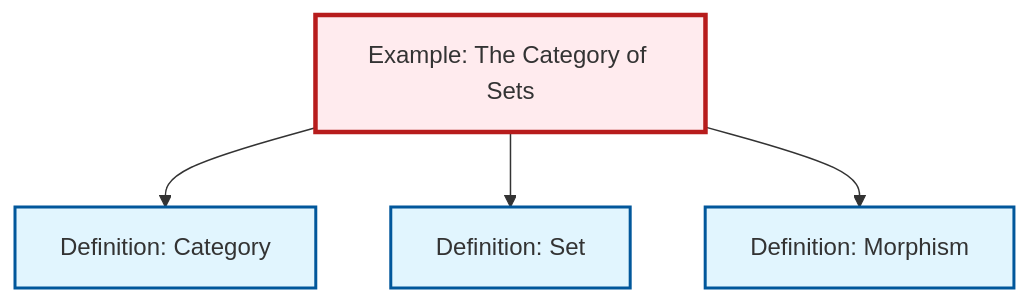
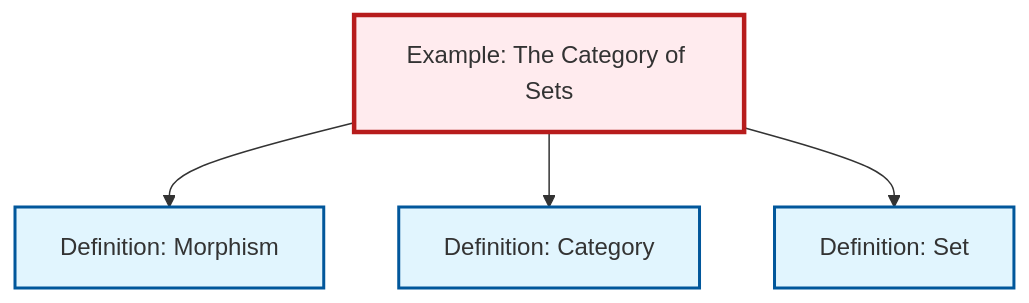
Before and after one commit to RK0429/ModernMath: the diagram in content/en/category-theory/ex-set-category.qmd, drawn with Mermaid. The commit also changed other lines of this file and 597 other files, not shown here.

````diff
--- a/content/en/category-theory/ex-set-category.qmd
+++ b/content/en/category-theory/ex-set-category.qmd
@@ -68,20 +68,20 @@
 ```{mermaid}
 %%| fig-cap: "Local dependency graph"
 graph TD
     classDef definition fill:#e1f5fe,stroke:#01579b,stroke-width:2px
     classDef theorem fill:#f3e5f5,stroke:#4a148c,stroke-width:2px
     classDef axiom fill:#fff3e0,stroke:#e65100,stroke-width:2px
     classDef example fill:#e8f5e9,stroke:#1b5e20,stroke-width:2px
     classDef current fill:#ffebee,stroke:#b71c1c,stroke-width:3px
+    def-set["Definition: Set"]:::definition
     def-morphism["Definition: Morphism"]:::definition
+    ex-set-category["Example: The Category of Sets"]:::example
     def-category["Definition: Category"]:::definition
-    ex-set-category["Example: The Category of Sets"]:::example
-    def-set["Definition: Set"]:::definition
+    ex-set-category --> def-morphism
     ex-set-category --> def-category
     ex-set-category --> def-set
-    ex-set-category --> def-morphism
     class ex-set-category current
+    click def-set "def-set.html" "Go to Set definition"
     click def-morphism "def-morphism.html" "Go to Morphism definition"
     click def-category "def-category.html" "Go to Category definition"
-    click def-set "def-set.html" "Go to Set definition"
 ```
````
